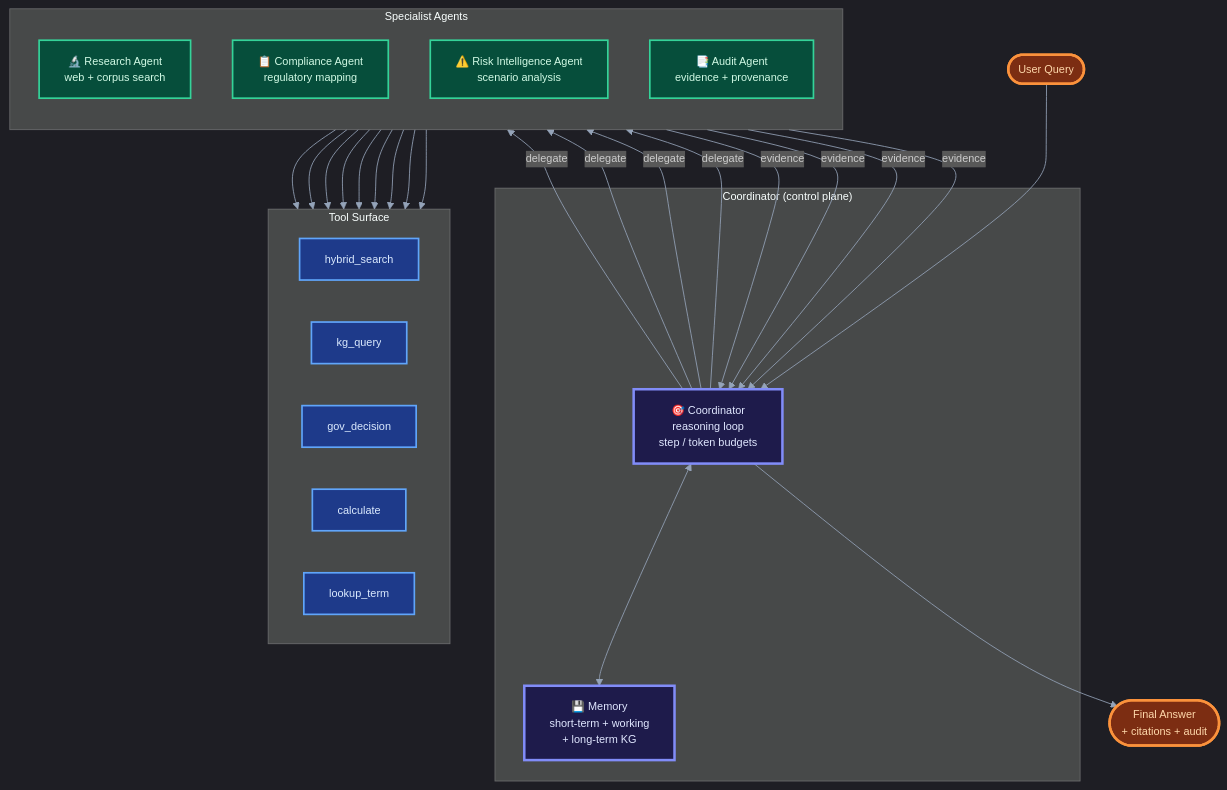
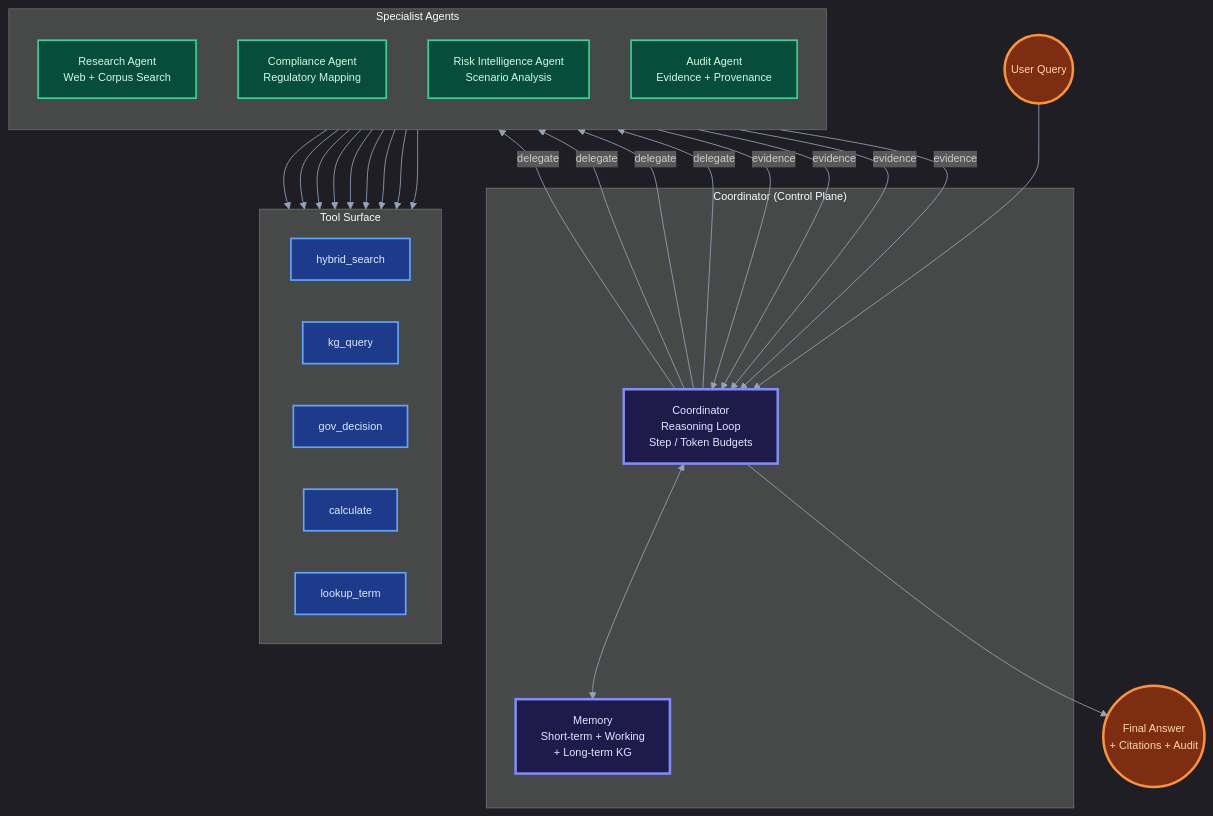
The second of 3 diagrams in README.md (VIVEK-MARRI/RegIntel-AI), drawn with Mermaid before and after one commit. The commit also changed other lines of this file, not shown here.

Commit message:
docs: update architecture diagrams to icon-free Mermaid format

````diff
--- a/README.md
+++ b/README.md
@@ -286,46 +284,46 @@
 ```mermaid
 %%{init: {'theme':'dark','themeVariables':{'primaryColor':'#1f2937','primaryTextColor':'#f9fafb','lineColor':'#94a3b8','fontSize':'13px'}}}%%
 flowchart TB
-    subgraph CORE["Coordinator (control plane)"]
-        COORD["🎯 Coordinator<br/>reasoning loop<br/>step / token budgets"]:::coord
-        MEM["💾 Memory<br/>short-term + working<br/>+ long-term KG"]:::coord
+    classDef coord fill:#1e1b4b,stroke:#818cf8,stroke-width:3px,color:#e0e7ff
+    classDef spec fill:#064e3b,stroke:#34d399,stroke-width:2px,color:#d1fae5
+    classDef tool fill:#1e3a8a,stroke:#60a5fa,stroke-width:2px,color:#dbeafe
+    classDef user fill:#7c2d12,stroke:#fb923c,stroke-width:3px,color:#fed7aa
+
+    subgraph CORE["Coordinator (Control Plane)"]
+        COORD["Coordinator<br/>Reasoning Loop<br/>Step / Token Budgets"]:::coord
+        MEM["Memory<br/>Short-term + Working<br/>+ Long-term KG"]:::coord
     end
 
     subgraph SPECIALISTS["Specialist Agents"]
         direction TB
-        RES["🔬 Research Agent<br/>web + corpus search"]:::spec
-        COMP["📋 Compliance Agent<br/>regulatory mapping"]:::spec
-        RISK["⚠️ Risk Intelligence Agent<br/>scenario analysis"]:::spec
-        AUD["📑 Audit Agent<br/>evidence + provenance"]:::spec
+        RES["Research Agent<br/>Web + Corpus Search"]:::spec
+        COMP["Compliance Agent<br/>Regulatory Mapping"]:::spec
+        RISK["Risk Intelligence Agent<br/>Scenario Analysis"]:::spec
+        AUD["Audit Agent<br/>Evidence + Provenance"]:::spec
     end
 
     subgraph TOOLS["Tool Surface"]
         direction LR
         T1[hybrid_search]:::tool
         T2[kg_query]:::tool
         T3[gov_decision]:::tool
         T4[calculate]:::tool
         T5[lookup_term]:::tool
     end
 
-    USER(["User Query"]):::user
-    FINAL(["Final Answer<br/>+ citations + audit"]):::user
+    USER(("User Query")):::user
+    FINAL(("Final Answer<br/>+ Citations + Audit")):::user
 
     USER --> COORD
     COORD <--> MEM
     COORD -->|delegate| RES
     COORD -->|delegate| COMP
     COORD -->|delegate| RISK
     COORD -->|delegate| AUD
     RES --> T1 & T2
     COMP --> T1 & T3 & T5
     RISK --> T1 & T3 & T4
     AUD --> T1
     RES & COMP & RISK & AUD -->|evidence| COORD
     COORD --> FINAL
-
-    classDef coord fill:#1e1b4b,stroke:#818cf8,stroke-width:3px,color:#e0e7ff
-    classDef spec fill:#064e3b,stroke:#34d399,stroke-width:2px,color:#d1fae5
-    classDef tool fill:#1e3a8a,stroke:#60a5fa,stroke-width:2px,color:#dbeafe
-    classDef user fill:#7c2d12,stroke:#fb923c,stroke-width:3px,color:#fed7aa
 ```
````
